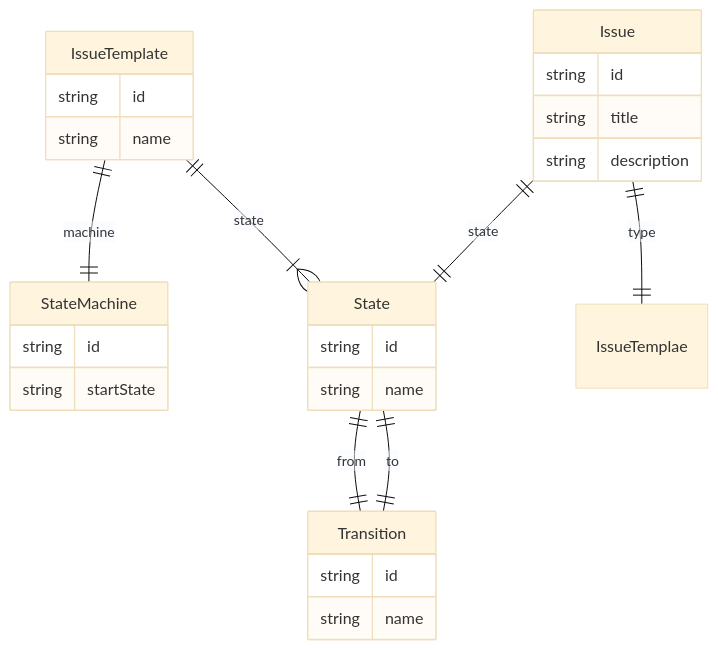
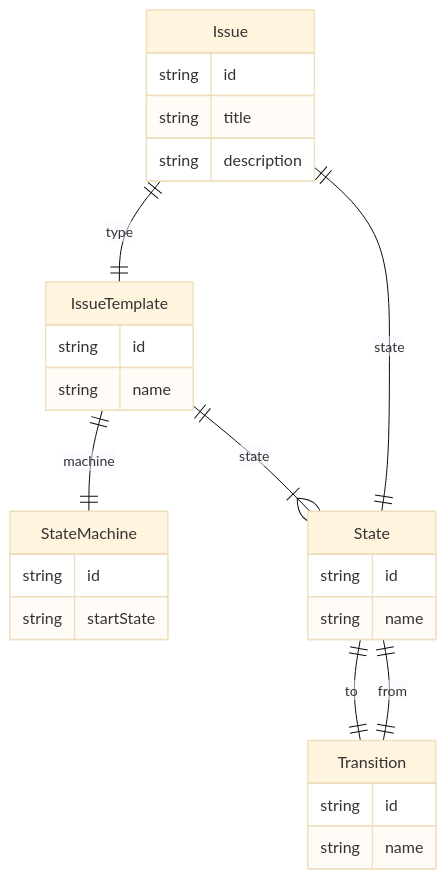
One commit to dnulnets/jjanus changed the second of 2 diagrams in system_design/information_model.md. Above: the diagram before and after it, drawn with Mermaid (base theme).

Commit message:
Updated information model

````diff
--- a/system_design/information_model.md
+++ b/system_design/information_model.md
@@ -25,30 +25,30 @@
 ```mermaid
 erDiagram
     Issue {
         string id
         string title
         string description
     }
     IssueTemplate {
         string id
         string name
     }
     StateMachine {
         string id
         string startState
     }
     State {
         string id
         string name
     }
     Transition {
         string id
         string name
     }
     Issue ||--|| State : "state"
-    Issue ||--|| IssueTemplae : "type"
+    Issue ||--|| IssueTemplate : "type"
     IssueTemplate ||--|| StateMachine : "machine"
     IssueTemplate ||--|{ State : "state"
     State ||--|| Transition : "from"
     Transition ||--|| State : "to"
 ```
````
